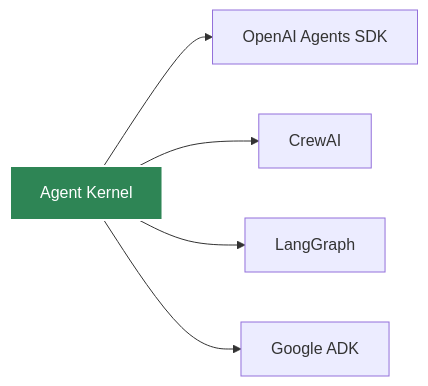
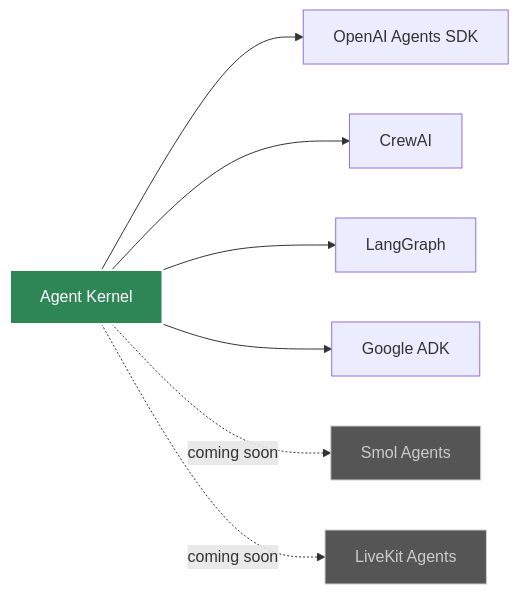
One commit to yaalalabs/agent-kernel changed the diagram in docs/docs/frameworks/overview.md. Above: the diagram before and after it, drawn with Mermaid. The commit also changed other lines of this file and 10 other files, not shown here.

````diff
--- a/docs/docs/frameworks/overview.md
+++ b/docs/docs/frameworks/overview.md
@@ -11,9 +11,13 @@
 ```mermaid
 graph LR
     A[Agent Kernel] --> B[OpenAI Agents SDK]
     A --> C[CrewAI]
     A --> D[LangGraph]
     A --> E[Google ADK]
+    A -.->|coming soon| SA[Smol Agents]
+    A -.->|coming soon| LK[LiveKit Agents]
     
     style A fill:#2e8555,stroke:#fff,stroke-width:2px,color:#fff
+    style SA fill:#555,stroke:#ccc,stroke-width:1px,color:#ccc
+    style LK fill:#555,stroke:#ccc,stroke-width:1px,color:#ccc
 ```
````
